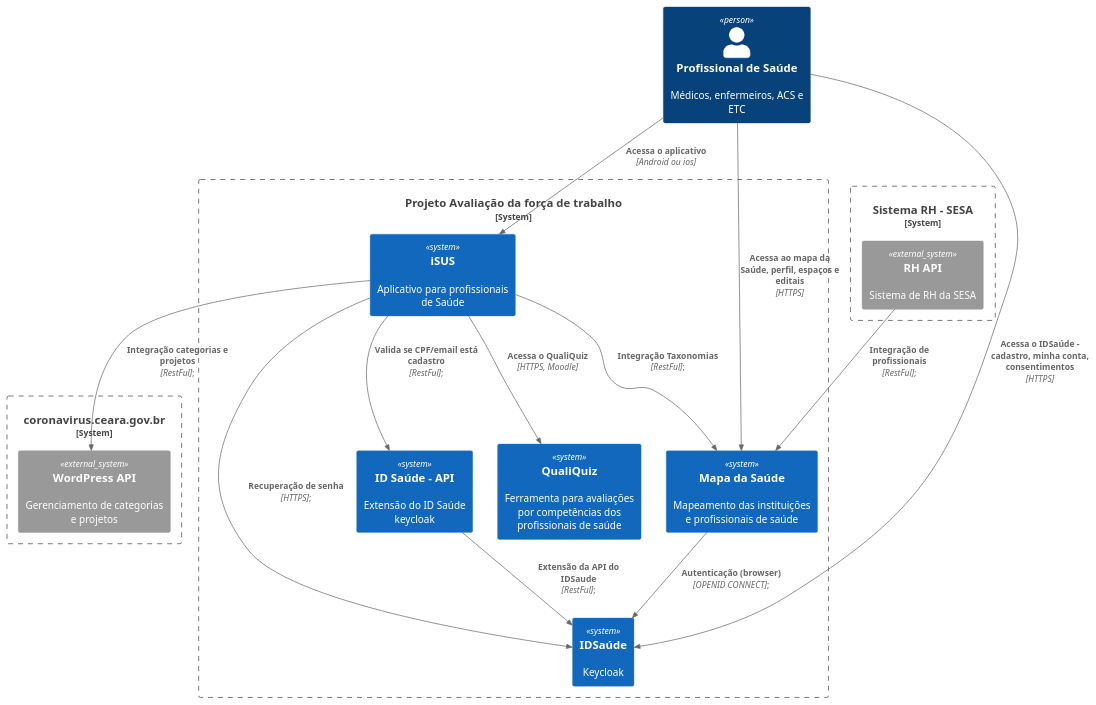
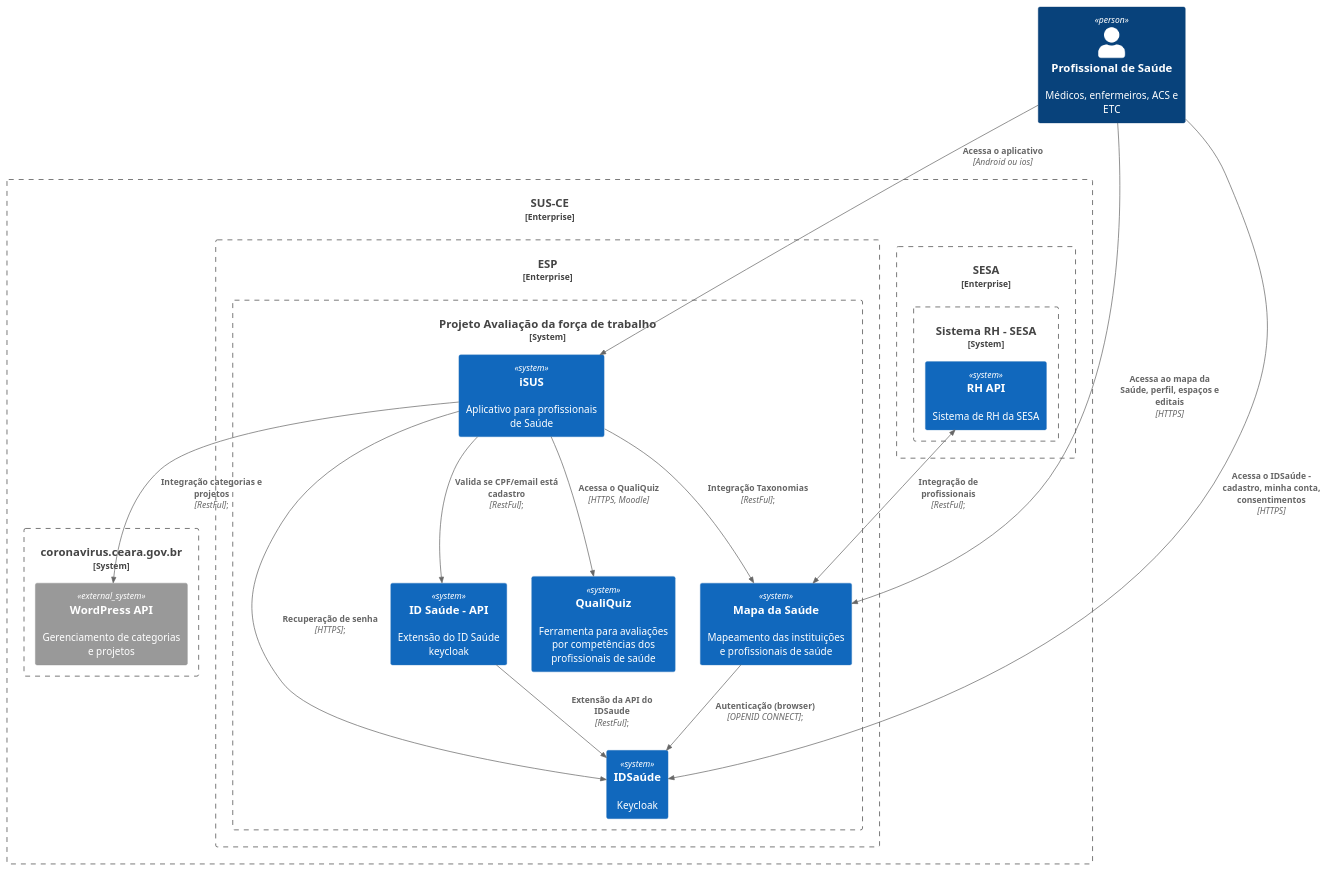
One commit to vicmagpac/plantuml-arquitetura-sistemas-forcadetrabalho changed the diagram in forcadetrabalho.plantuml. Above: the diagram before and after it, drawn with PlantUML. The commit also changed 1 other file, not shown here.

Commit message:
add sus-ce e sesa

```diff
--- a/forcadetrabalho.plantuml
+++ b/forcadetrabalho.plantuml
@@ -1,35 +1,46 @@
 @startuml avaliacaoforca
 !include https://raw.githubusercontent.com/plantuml-stdlib/C4-PlantUML/master/C4_Container.puml
 
 Person(profissionalDeSaude, "Profissional de Saúde", "Médicos, enfermeiros, ACS e ETC")
 
-System_Boundary(aavaliacaoforca, "Projeto Avaliação da força de trabalho") {
-    System(IDSaude, "IDSaúde", "Keycloak", $link="https://raw.githubusercontent.com/victorMagalhaesPacheco/plantuml-arquitetura-sistemas-forcadetrabalho/main/out/idsaude/IDSaude.svg")
-    System(mapadasaude, "Mapa da Saúde", "Mapeamento das instituições e profissionais de saúde")
-    System(IDSaudeapi, "ID Saúde - API", "Extensão do ID Saúde keycloak")
-    System(isus, "iSUS", "Aplicativo para profissionais de Saúde")
-    System(qualiquiz, "QualiQuiz", "Ferramenta para avaliações por competências dos profissionais de saúde")
-    Rel(profissionalDeSaude, isus, "Acessa o aplicativo", "Android ou ios")
-    Rel(profissionalDeSaude, mapadasaude, "Acessa ao mapa da Saúde, perfil, espaços e editais", "HTTPS")
-    Rel(profissionalDeSaude, IDSaude, "Acessa o IDSaúde - cadastro, minha conta, consentimentos", "HTTPS")
-    Rel(isus, qualiquiz, "Acessa o QualiQuiz", "HTTPS, Moodle")
 
-    Rel(mapadasaude, IDSaude, "Autenticação (browser)", "OPENID CONNECT");
-    Rel(isus, IDSaude, "Recuperação de senha", "HTTPS");
-    Rel(IDSaudeapi, IDSaude, "Extensão da API do IDSaude", "RestFul");
-    Rel(isus, IDSaudeapi, "Valida se CPF/email está cadastro", "RestFul");
-    Rel(isus, mapadasaude, "Integração Taxonomias", "RestFul");
+Enterprise_Boundary(susce, "SUS-CE") {
+
+    Enterprise_Boundary(esp, "ESP") {
+        System_Boundary(aavaliacaoforca, "Projeto Avaliação da força de trabalho") {
+            System(IDSaude, "IDSaúde", "Keycloak", $link="https://raw.githubusercontent.com/victorMagalhaesPacheco/plantuml-arquitetura-sistemas-forcadetrabalho/main/out/idsaude/IDSaude.svg")
+            System(mapadasaude, "Mapa da Saúde", "Mapeamento das instituições e profissionais de saúde")
+            System(IDSaudeapi, "ID Saúde - API", "Extensão do ID Saúde keycloak")
+            System(isus, "iSUS", "Aplicativo para profissionais de Saúde")
+            System(qualiquiz, "QualiQuiz", "Ferramenta para avaliações por competências dos profissionais de saúde")
+            Rel(profissionalDeSaude, isus, "Acessa o aplicativo", "Android ou ios")
+            Rel(profissionalDeSaude, mapadasaude, "Acessa ao mapa da Saúde, perfil, espaços e editais", "HTTPS")
+            Rel(profissionalDeSaude, IDSaude, "Acessa o IDSaúde - cadastro, minha conta, consentimentos", "HTTPS")
+            Rel(isus, qualiquiz, "Acessa o QualiQuiz", "HTTPS, Moodle")
+
+            Rel(mapadasaude, IDSaude, "Autenticação (browser)", "OPENID CONNECT");
+            Rel(isus, IDSaude, "Recuperação de senha", "HTTPS");
+            Rel(IDSaudeapi, IDSaude, "Extensão da API do IDSaude", "RestFul");
+            Rel(isus, IDSaudeapi, "Valida se CPF/email está cadastro", "RestFul");
+            Rel(isus, mapadasaude, "Integração Taxonomias", "RestFul");
+        }
+    }
+
+    System_Boundary(coronavirus, "coronavirus.ceara.gov.br") {
+        System_Ext(wordpressapi, "WordPress API", "Gerenciamento de categorias e projetos")
+    }
+
+    Enterprise_Boundary(sesa, "SESA") {
+        System_Boundary(rhsesa, "Sistema RH - SESA") {
+            System(rhsesaapi, "RH API", "Sistema de RH da SESA ")
+        }
+    }
+
+    Rel(isus, wordpressapi, "Integração categorias e projetos", "RestFul");
+    BiRel(rhsesaapi, mapadasaude, "Integração de profissionais", "RestFul");
 }
 
-System_Boundary(coronavirus, "coronavirus.ceara.gov.br") {
-    System_Ext(wordpressapi, "WordPress API", "Gerenciamento de categorias e projetos")
-}
 
-System_Boundary(rhsesa, "Sistema RH - SESA") {
-    System_Ext(rhsesaapi, "RH API", "Sistema de RH da SESA ")
-}
 
-Rel(isus, wordpressapi, "Integração categorias e projetos", "RestFul");
-Rel(rhsesaapi, mapadasaude, "Integração de profissionais", "RestFul");
 
 @enduml
```
